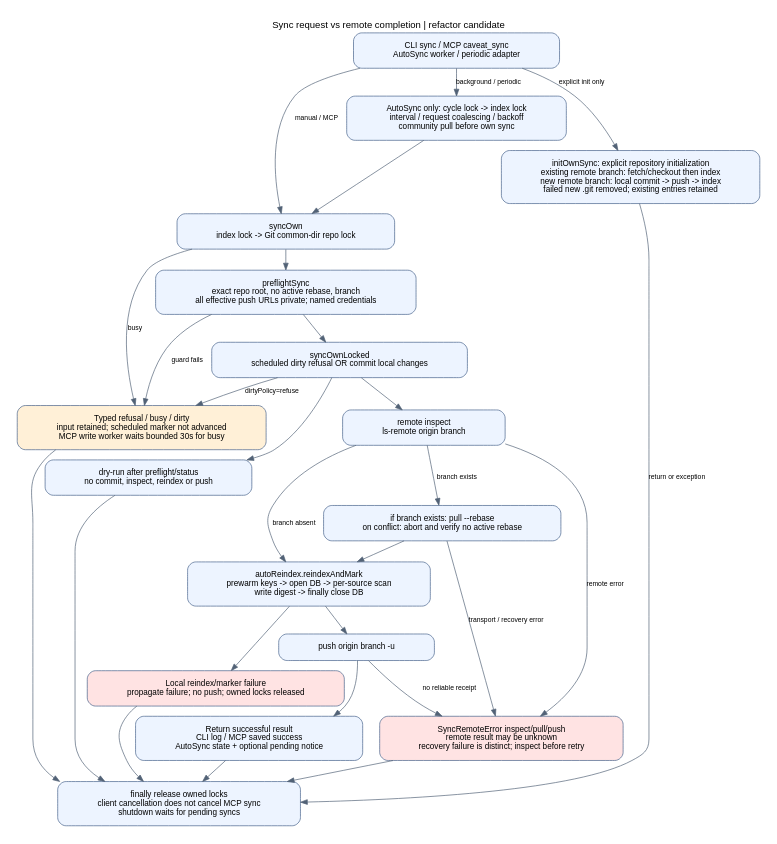
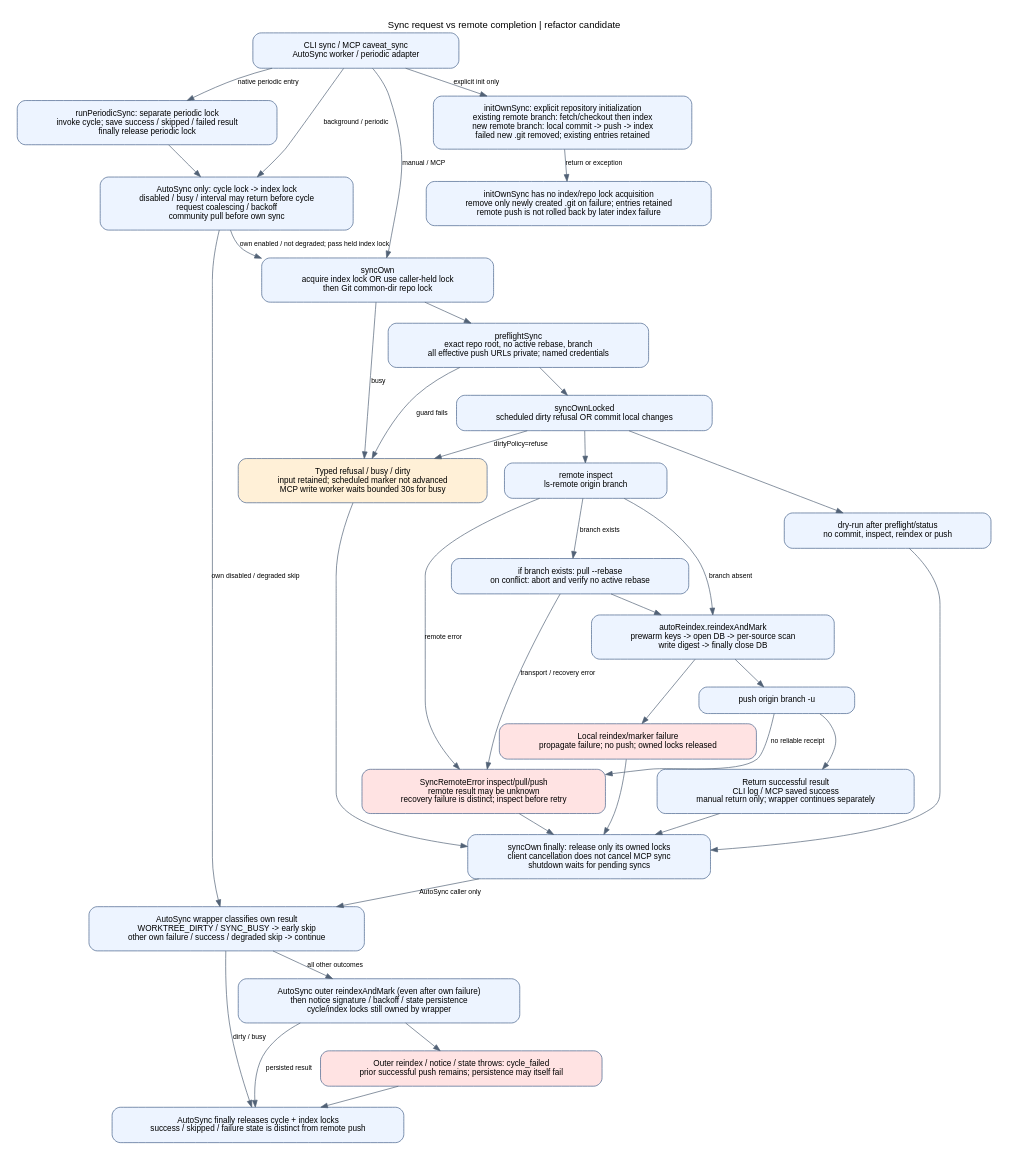
Before and after one commit to kitepon/Caveat: the diagram in docs/diagrams/03-sync-lifecycle.dot, drawn with Graphviz. The commit also changed 25 other files, not shown here.

Commit message:
docs: align feature diagrams with failure and delivery contracts

```diff
--- a/docs/diagrams/03-sync-lifecycle.dot
+++ b/docs/diagrams/03-sync-lifecycle.dot
@@ -1,42 +1,58 @@
 digraph sync {
  graph [rankdir=TB, bgcolor="white", pad="0.25", nodesep="0.35", ranksep="0.4", fontname="Arial", label="Sync request vs remote completion | refactor candidate", labelloc=t];
  node [shape=box, style="rounded,filled", fillcolor="#edf4ff", color="#45618a", fontname="Arial", fontsize=12, margin="0.8,0.18"];
  edge [fontname="Arial", fontsize=10, color="#526276"];
  request [label="CLI sync / MCP caveat_sync\nAutoSync worker / periodic adapter"];
- cycle [label="AutoSync only: cycle lock -> index lock\ninterval / request coalescing / backoff\ncommunity pull before own sync"];
- lock [label="syncOwn\nindex lock -> Git common-dir repo lock"];
+ cycle [label="AutoSync only: cycle lock -> index lock\ndisabled / busy / interval may return before cycle\nrequest coalescing / backoff\ncommunity pull before own sync"];
+ lock [label="syncOwn\nacquire index lock OR use caller-held lock\nthen Git common-dir repo lock"];
  preflight [label="preflightSync\nexact repo root, no active rebase, branch\nall effective push URLs private; named credentials"];
  dirty [label="syncOwnLocked\nscheduled dirty refusal OR commit local changes"];
  inspect [label="remote inspect\nls-remote origin branch"];
  pull [label="if branch exists: pull --rebase\non conflict: abort and verify no active rebase"];
  index [label="autoReindex.reindexAndMark\nprewarm keys -> open DB -> per-source scan\nwrite digest -> finally close DB"];
  push [label="push origin branch -u"];
- done [label="Return successful result\nCLI log / MCP saved success\nAutoSync state + optional pending notice"];
+ done [label="Return successful result\nCLI log / MCP saved success\nmanual return only; wrapper continues separately"];
  refuse [fillcolor="#fff0d7", label="Typed refusal / busy / dirty\ninput retained; scheduled marker not advanced\nMCP write worker waits bounded 30s for busy"];
  unknown [fillcolor="#ffe3e3", label="SyncRemoteError inspect/pull/push\nremote result may be unknown\nrecovery failure is distinct; inspect before retry"];
- cleanup [label="finally release owned locks\nclient cancellation does not cancel MCP sync\nshutdown waits for pending syncs"];
+ cleanup [label="syncOwn finally: release only its owned locks\nclient cancellation does not cancel MCP sync\nshutdown waits for pending syncs"];
  request -> cycle [label="background / periodic"];
  request -> lock [label="manual / MCP"];
- cycle -> lock;
+ cycle -> lock [label="own enabled / not degraded; pass held index lock"];
  lock -> preflight -> dirty -> inspect;
  inspect -> pull [label="branch exists"];
  inspect -> index [label="branch absent"];
  pull -> index -> push -> done -> cleanup;
  preflight -> refuse [label="guard fails"];
  lock -> refuse [label="busy"];
  dirty -> refuse [label="dirtyPolicy=refuse"];
  inspect -> unknown [label="remote error"];
  pull -> unknown [label="transport / recovery error"];
  push -> unknown [label="no reliable receipt"];
  refuse -> cleanup;
  unknown -> cleanup;
 
  dry [label="dry-run after preflight/status\nno commit, inspect, reindex or push"];
  local [fillcolor="#ffe3e3",label="Local reindex/marker failure\npropagate failure; no push; owned locks released"];
  init [label="initOwnSync: explicit repository initialization\nexisting remote branch: fetch/checkout then index\nnew remote branch: local commit -> push -> index\nfailed new .git removed; existing entries retained"];
  request -> init [label="explicit init only"];
- init -> cleanup [label="return or exception"];
+ init -> initend [label="return or exception"];
  dirty -> dry -> cleanup;
  index -> local -> cleanup;
 
+
+ initend [label="initOwnSync has no index/repo lock acquisition\nremove only newly created .git on failure; entries retained\nremote push is not rolled back by later index failure"];
+ autoresult [label="AutoSync wrapper classifies own result\nWORKTREE_DIRTY / SYNC_BUSY -> early skip\nother own failure / success / degraded skip -> continue"];
+ outerindex [label="AutoSync outer reindexAndMark (even after own failure)\nthen notice signature / backoff / state persistence\ncycle/index locks still owned by wrapper"];
+ autofinal [label="AutoSync finally releases cycle + index locks\nsuccess / skipped / failure state is distinct from remote push"];
+ cyclefail [fillcolor="#ffe3e3",label="Outer reindex / notice / state throws: cycle_failed\nprior successful push remains; persistence may itself fail"];
+ cleanup -> autoresult [label="AutoSync caller only"];
+ cycle -> autoresult [label="own disabled / degraded skip"];
+ autoresult -> autofinal [label="dirty / busy"];
+ autoresult -> outerindex [label="all other outcomes"];
+ outerindex -> autofinal [label="persisted result"];
+ outerindex -> cyclefail -> autofinal;
+ periodic [label="runPeriodicSync: separate periodic lock\ninvoke cycle; save success / skipped / failed result\nfinally release periodic lock"];
+ request -> periodic [label="native periodic entry"];
+ periodic -> cycle;
+
 }
```
